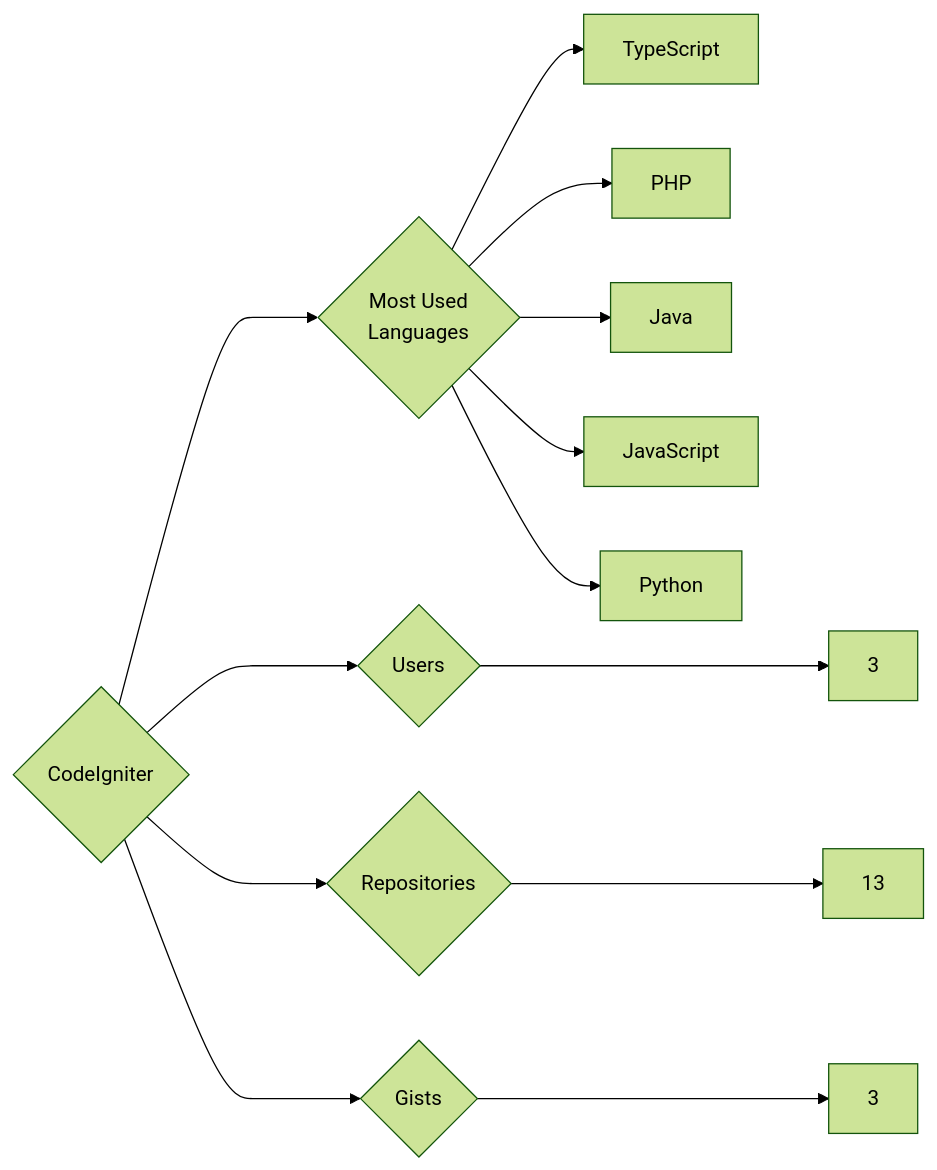
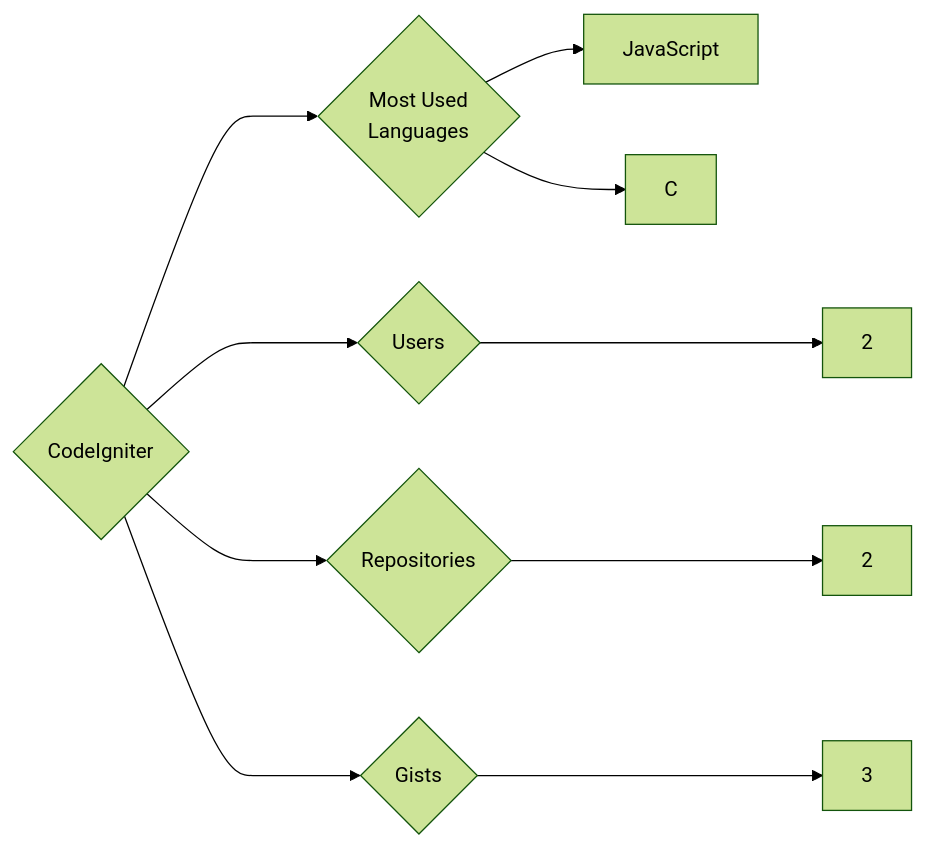
One commit to trickest/insiders changed the diagram in targets/CodeIgniter/README.md. Above: the diagram before and after it, drawn with Mermaid (forest theme). The commit also changed 1055 other files, not shown here.

````diff
--- a/targets/CodeIgniter/README.md
+++ b/targets/CodeIgniter/README.md
@@ -3,13 +3,10 @@
 ```mermaid
 graph LR
 COMPANY_NAME{CodeIgniter}
-COMPANY_NAME ---> U{Users} ---> UN[3]
-COMPANY_NAME ---> R{Repositories} ---> RN[13]
+COMPANY_NAME ---> U{Users} ---> UN[2]
+COMPANY_NAME ---> R{Repositories} ---> RN[2]
 COMPANY_NAME ---> G{Gists} ---> GN[3]
 COMPANY_NAME ---> ML{Most Used<br>Languages}
-ML --> TypeScript[TypeScript]
-ML --> PHP[PHP]
-ML --> Java[Java]
 ML --> JavaScript[JavaScript]
-ML --> Python[Python]
+ML --> C[C]
 ```
````
